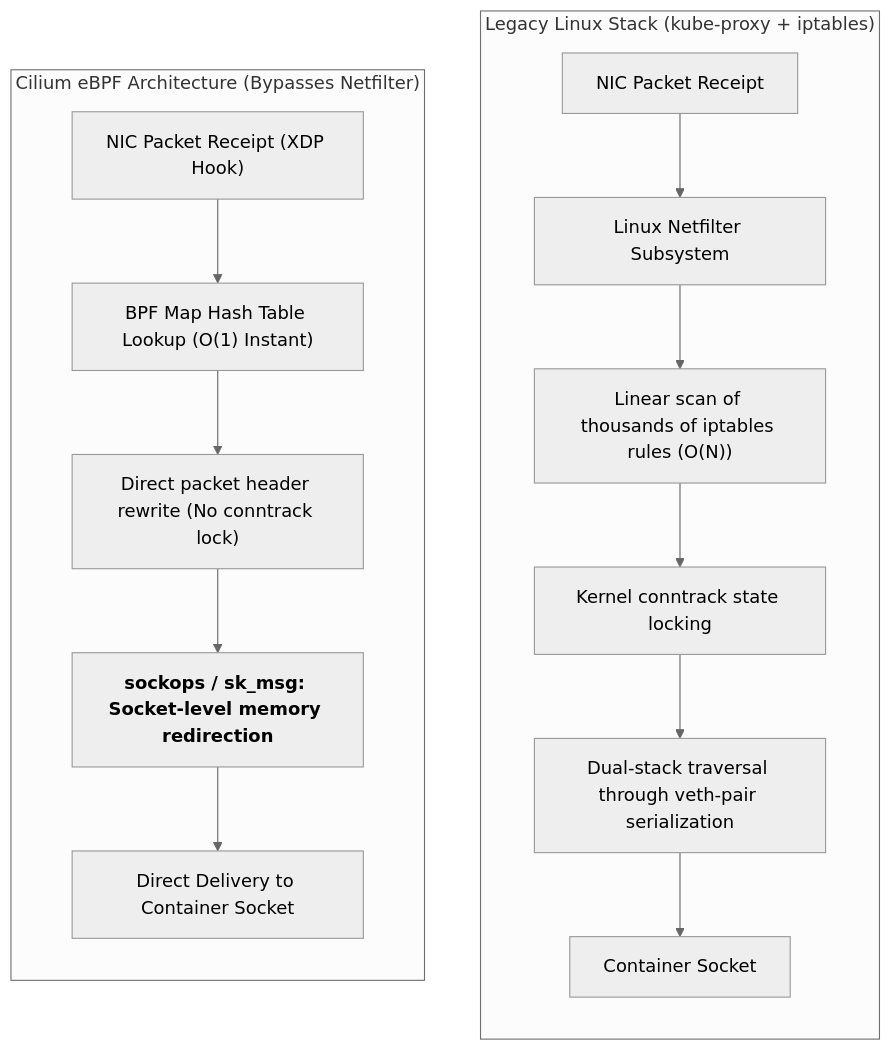
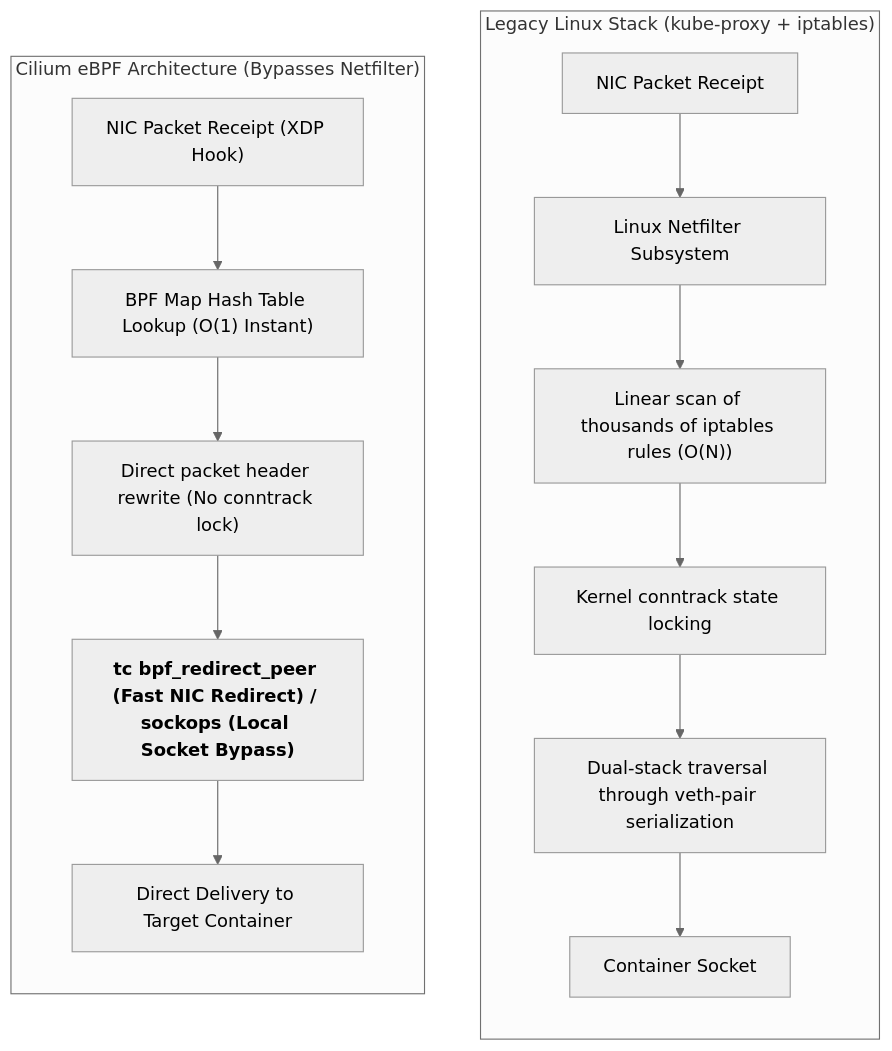
One commit to ifnodoraemon/ifnodoraemon.github.io changed the third of 4 diagrams in content/en/articles/k8s-networking-cni-cilium-ebpf-gateway-api.en.md. Above: the diagram before and after it, drawn with Mermaid (neutral theme). The commit also changed other lines of this file and 171 other files, not shown here.

````diff
--- a/content/en/articles/k8s-networking-cni-cilium-ebpf-gateway-api.en.md
+++ b/content/en/articles/k8s-networking-cni-cilium-ebpf-gateway-api.en.md
@@ -152,19 +152,19 @@
 ```mermaid
 flowchart TD
     subgraph TraditionalLinux["Legacy Linux Stack (kube-proxy + iptables)"]
         direction TB
         T1["NIC Packet Receipt"] --> T2["Linux Netfilter Subsystem"]
         T2 --> T3["Linear scan of thousands of iptables rules (O(N))"]
         T3 --> T4["Kernel conntrack state locking"]
         T4 --> T5["Dual-stack traversal through veth-pair serialization"]
         T5 --> T6["Container Socket"]
     end
 
     subgraph CiliumeBPF["Cilium eBPF Architecture (Bypasses Netfilter)"]
         direction TB
         E1["NIC Packet Receipt (XDP Hook)"] --> E2["BPF Map Hash Table Lookup (O(1) Instant)"]
         E2 --> E3["Direct packet header rewrite (No conntrack lock)"]
-        E3 --> E4["<b>sockops / sk_msg: Socket-level memory redirection</b>"]
-        E4 --> E5["Direct Delivery to Container Socket"]
+        E3 --> E4["<b>tc bpf_redirect_peer (Fast NIC Redirect) / sockops (Local Socket Bypass)</b>"]
+        E4 --> E5["Direct Delivery to Target Container"]
     end
 ```
````
